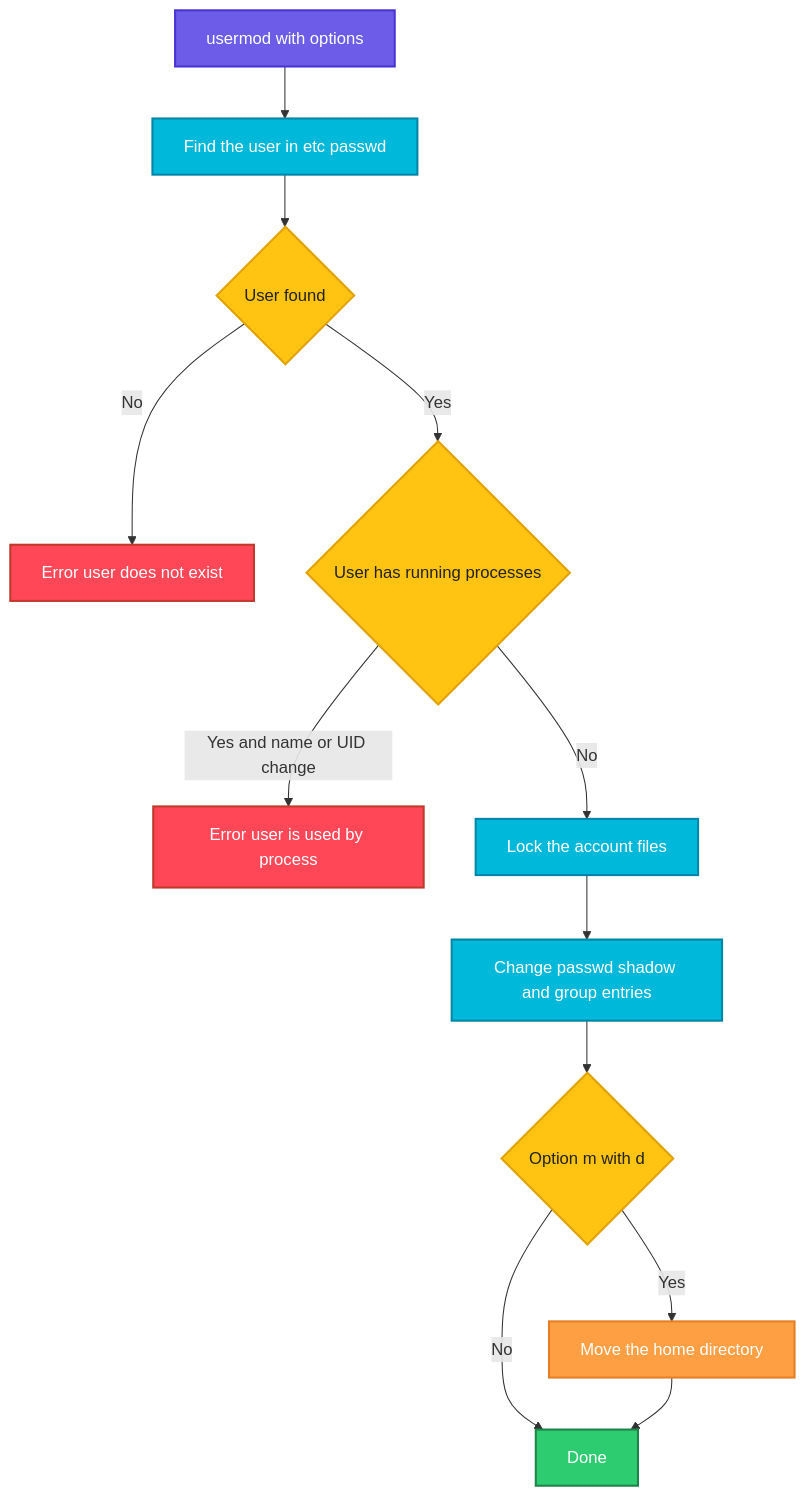
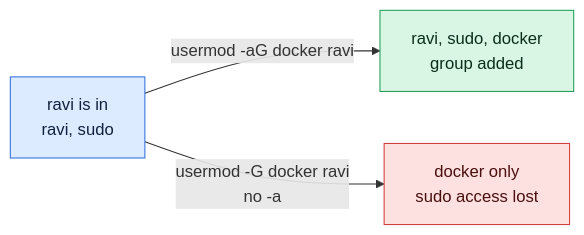
Before and after one commit to codeKerdosTech/DevOps-Documentation: the diagram in linux/user-management/usermod.md, drawn with Mermaid. The commit also changed other lines of this file and 165 other files, not shown here.

Commit message:
updated diagrams in linux

````diff
--- a/linux/user-management/usermod.md
+++ b/linux/user-management/usermod.md
@@ -15,27 +15,13 @@
 ```mermaid
-flowchart TD
-    A[usermod with options] --> B[Find the user in etc passwd]
-    B --> C{User found}
-    C -->|No| D[Error user does not exist]
-    C -->|Yes| E{User has running processes}
-    E -->|Yes and name or UID change| F[Error user is used by process]
-    E -->|No| G[Lock the account files]
-    G --> H[Change passwd shadow and group entries]
-    H --> I{Option m with d}
-    I -->|Yes| J[Move the home directory]
-    I -->|No| K[Done]
-    J --> K
-    classDef start fill:#6C5CE7,stroke:#4834D4,stroke-width:2px,color:#fff
-    classDef proc fill:#00B8D9,stroke:#0087A8,stroke-width:2px,color:#fff
-    classDef dec fill:#FFC312,stroke:#E1A100,stroke-width:2px,color:#222
-    classDef ok fill:#2ECC71,stroke:#1E8449,stroke-width:2px,color:#fff
-    classDef err fill:#FF4757,stroke:#C0392B,stroke-width:2px,color:#fff
-    classDef out fill:#FD79A8,stroke:#E84393,stroke-width:2px,color:#fff
-    classDef alt fill:#FF9F43,stroke:#E67E22,stroke-width:2px,color:#fff
-    class A start
-    class B,G,H proc
-    class C,E,I dec
-    class D,F err
-    class J alt
-    class K ok
+flowchart LR
+    i1[ravi is in<br/>ravi, sudo] -->|usermod -aG docker ravi| o1[ravi, sudo, docker<br/>group added]
+    i1 -->|usermod -G docker ravi<br/>no -a| x1[docker only<br/>sudo access lost]
+    classDef inp fill:#DCEBFF,stroke:#2F6FDE,color:#10213F
+    classDef cmd fill:#FFF0C2,stroke:#C98A00,color:#3A2A00
+    classDef out fill:#D9F5E3,stroke:#1F9D55,color:#0B2E1A
+    classDef bad fill:#FDE0E0,stroke:#D13B3B,color:#4A0F0F
+    classDef note fill:#ECEFF3,stroke:#7B8794,color:#1F2933
+    class i1 inp
+    class o1 out
+    class x1 bad
 ```
````
